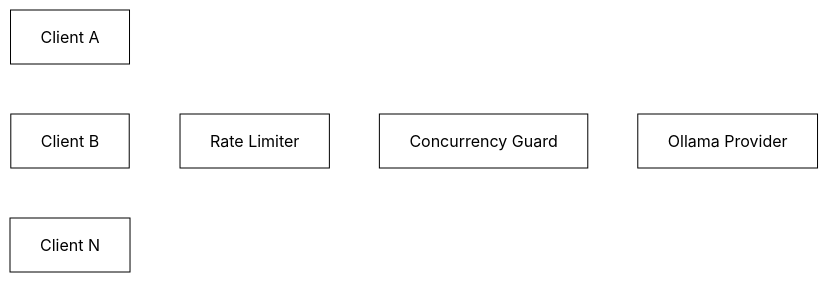
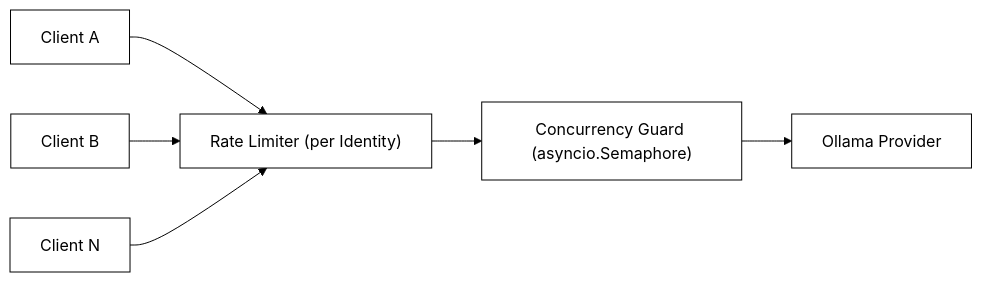
Before and after one commit to Shashankk1907/Learning-about-MCP: the second of 3 diagrams in 2-server/README.md, drawn with Mermaid. The commit also changed other lines of this file and 3 other files, not shown here.

````diff
--- a/2-server/README.md
+++ b/2-server/README.md
@@ -514,9 +215,9 @@
 ```mermaid
-%%{init: {"theme":"base","themeVariables":{"primaryColor":"#ffffff","primaryTextColor":"#000000","primaryBorderColor":"#000000","lineColor":"#ffffff","secondaryColor":"#ffffff","tertiaryColor":"#ffffff","background":"#ffffff"}}}%%
+%%{init: {"theme":"base","themeVariables":{"primaryColor":"#ffffff","primaryTextColor":"#000000","primaryBorderColor":"#000000","lineColor":"#000000","secondaryColor":"#ffffff","tertiaryColor":"#ffffff","background":"#ffffff"}}}%%
 flowchart LR
-    A["Client A"] --> RL["Rate Limiter"]
+    A["Client A"] --> RL["Rate Limiter (per Identity)"]
     B["Client B"] --> RL
     C["Client N"] --> RL
-    RL --> Q["Concurrency Guard"]
+    RL --> Q["Concurrency Guard (asyncio.Semaphore)"]
     Q --> O["Ollama Provider"]
 ```
````
